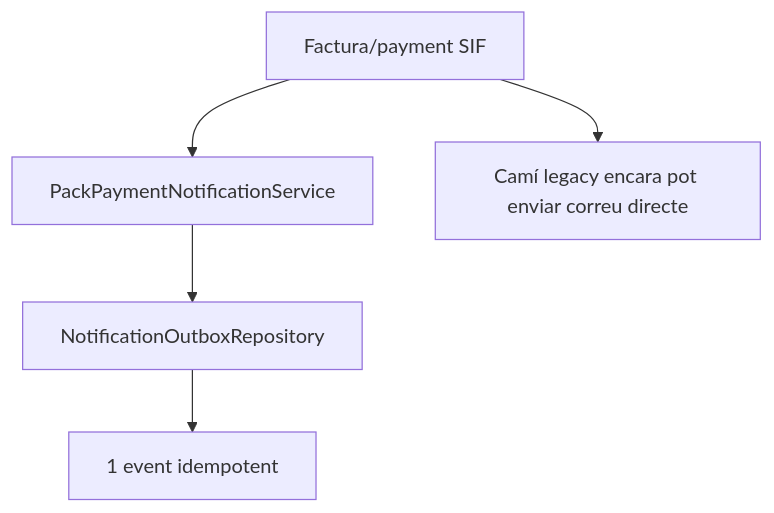
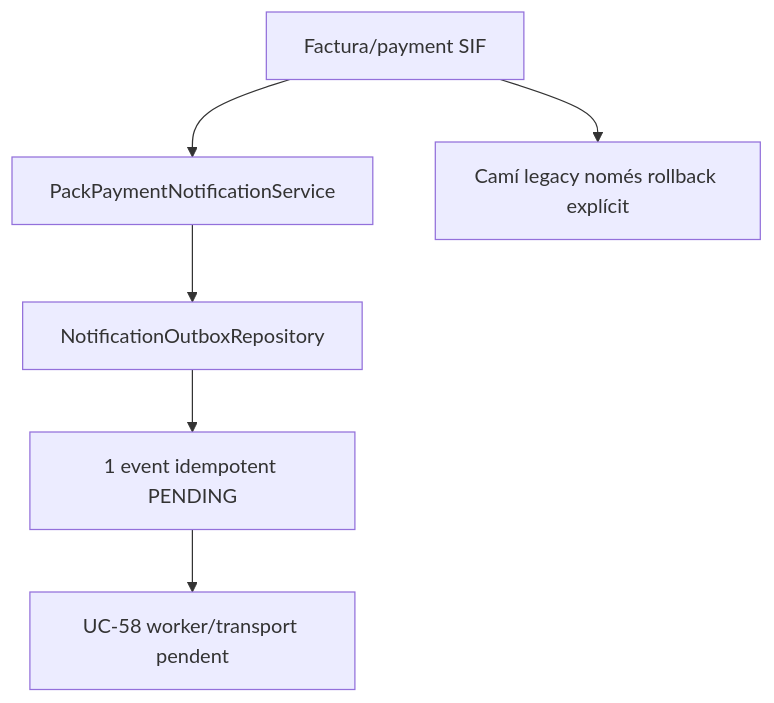
One commit to orgmeriemprismacat-del/verifactu changed diagram 17 of 20 in documentacio/07-uml-integrat/uc-015-activitats-pagines-pack-actual-final.md. Above: the diagram before and after it, drawn with Mermaid. The commit also changed other lines of this file, not shown here.

Commit message:
audit(UC-015): alinear estat real i pendents UC-58

````diff
--- a/documentacio/07-uml-integrat/uc-015-activitats-pagines-pack-actual-final.md
+++ b/documentacio/07-uml-integrat/uc-015-activitats-pagines-pack-actual-final.md
@@ -223,7 +223,8 @@
 ```mermaid
 flowchart TD
 A[Factura/payment SIF] --> B[PackPaymentNotificationService]
 B --> C[NotificationOutboxRepository]
-C --> D[1 event idempotent]
-A --> E[Camí legacy encara pot enviar correu directe]
+C --> D[1 event idempotent PENDING]
+D --> E[UC-58 worker/transport pendent]
+A --> F[Camí legacy només rollback explícit]
 ```
````
